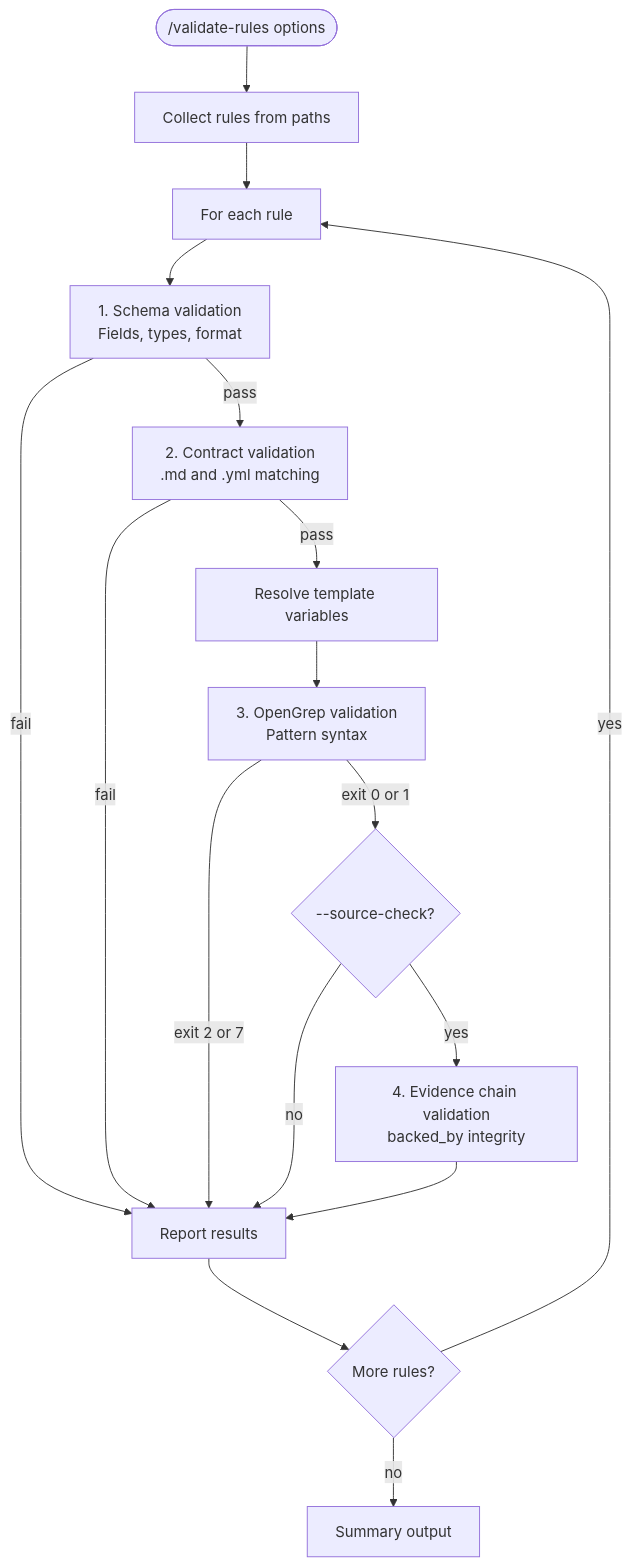
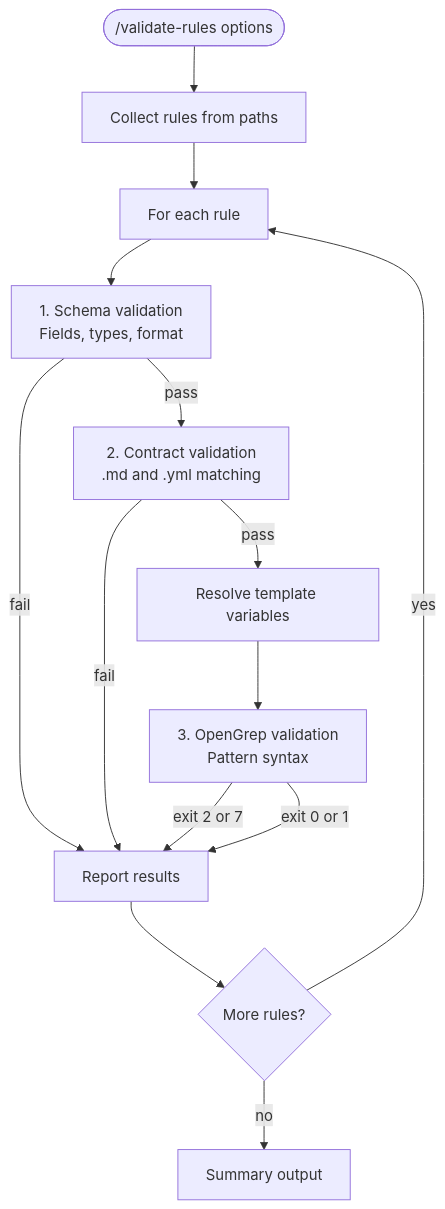
The diagram in .shared/workflows/rule-validation.md (reporails/rules), drawn with Mermaid before and after one commit. The commit also changed 29 other files, not shown here.

Commit message:
Schema update, added registry, refined levels, renaming AILS prefix to RRAILS for the recommended package. Updating backbone, skills, claudemd, updating coordinates. added tombstone.

````diff
--- a/.shared/workflows/rule-validation.md
+++ b/.shared/workflows/rule-validation.md
@@ -3,19 +3,16 @@
 ```mermaid
 flowchart TD
     START([/validate-rules options]) --> COLLECT[Collect rules from paths]
     COLLECT --> LOOP[For each rule]
     LOOP --> SCHEMA[1. Schema validation<br/>Fields, types, format]
     SCHEMA -->|fail| REPORT
     SCHEMA -->|pass| CONTRACT[2. Contract validation<br/>.md and .yml matching]
     CONTRACT -->|fail| REPORT
     CONTRACT -->|pass| RESOLVE[Resolve template variables]
     RESOLVE --> OPENGREP[3. OpenGrep validation<br/>Pattern syntax]
     OPENGREP -->|exit 2 or 7| REPORT
-    OPENGREP -->|exit 0 or 1| SOURCE{--source-check?}
-    SOURCE -->|yes| EVIDENCE[4. Evidence chain validation<br/>backed_by integrity]
-    SOURCE -->|no| REPORT
-    EVIDENCE --> REPORT[Report results]
+    OPENGREP -->|exit 0 or 1| REPORT[Report results]
     REPORT --> NEXT{More rules?}
     NEXT -->|yes| LOOP
     NEXT -->|no| SUMMARY[Summary output]
 ```
````
